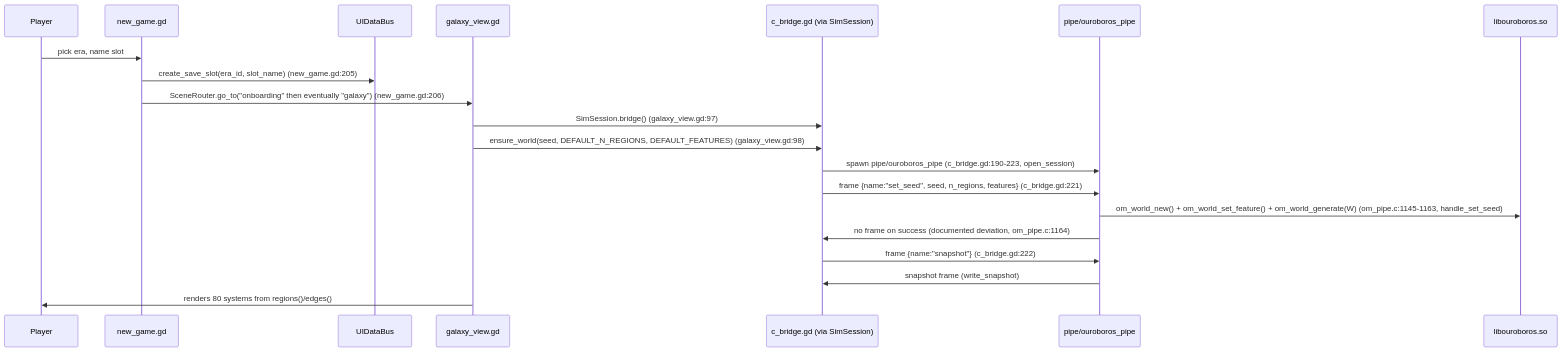
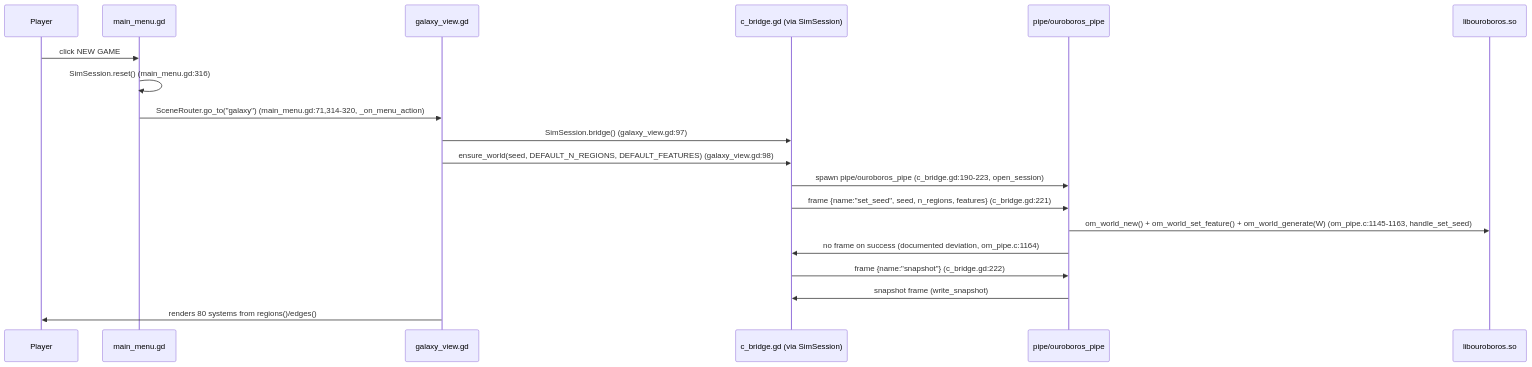
The first of 3 diagrams in docs/architecture/c4/mvp/4-flows.md (Westopoli/ouroboros-manifold), drawn with Mermaid before and after one commit. The commit also changed other lines of this file and 3 other files, not shown here.

````diff
--- a/docs/architecture/c4/mvp/4-flows.md
+++ b/docs/architecture/c4/mvp/4-flows.md
@@ -10,23 +10,22 @@
 ```mermaid
 sequenceDiagram
     participant Player
-    participant NewGame as new_game.gd
-    participant UIDataBus
+    participant MainMenu as main_menu.gd
     participant Galaxy as galaxy_view.gd
     participant Bridge as c_bridge.gd (via SimSession)
     participant Pipe as pipe/ouroboros_pipe
     participant Sim as libouroboros.so
 
-    Player->>NewGame: pick era, name slot
-    NewGame->>UIDataBus: create_save_slot(era_id, slot_name) (new_game.gd:205)
-    NewGame->>Galaxy: SceneRouter.go_to("onboarding" then eventually "galaxy") (new_game.gd:206)
+    Player->>MainMenu: click NEW GAME
+    MainMenu->>MainMenu: SimSession.reset() (main_menu.gd:316)
+    MainMenu->>Galaxy: SceneRouter.go_to("galaxy") (main_menu.gd:71,314-320, _on_menu_action)
     Galaxy->>Bridge: SimSession.bridge() (galaxy_view.gd:97)
     Galaxy->>Bridge: ensure_world(seed, DEFAULT_N_REGIONS, DEFAULT_FEATURES) (galaxy_view.gd:98)
     Bridge->>Pipe: spawn pipe/ouroboros_pipe (c_bridge.gd:190-223, open_session)
     Bridge->>Pipe: frame {name:"set_seed", seed, n_regions, features} (c_bridge.gd:221)
     Pipe->>Sim: om_world_new() + om_world_set_feature() + om_world_generate(W) (om_pipe.c:1145-1163, handle_set_seed)
     Pipe->>Bridge: no frame on success (documented deviation, om_pipe.c:1164)
     Bridge->>Pipe: frame {name:"snapshot"} (c_bridge.gd:222)
     Pipe->>Bridge: snapshot frame (write_snapshot)
     Galaxy->>Player: renders 80 systems from regions()/edges()
 ```
````
